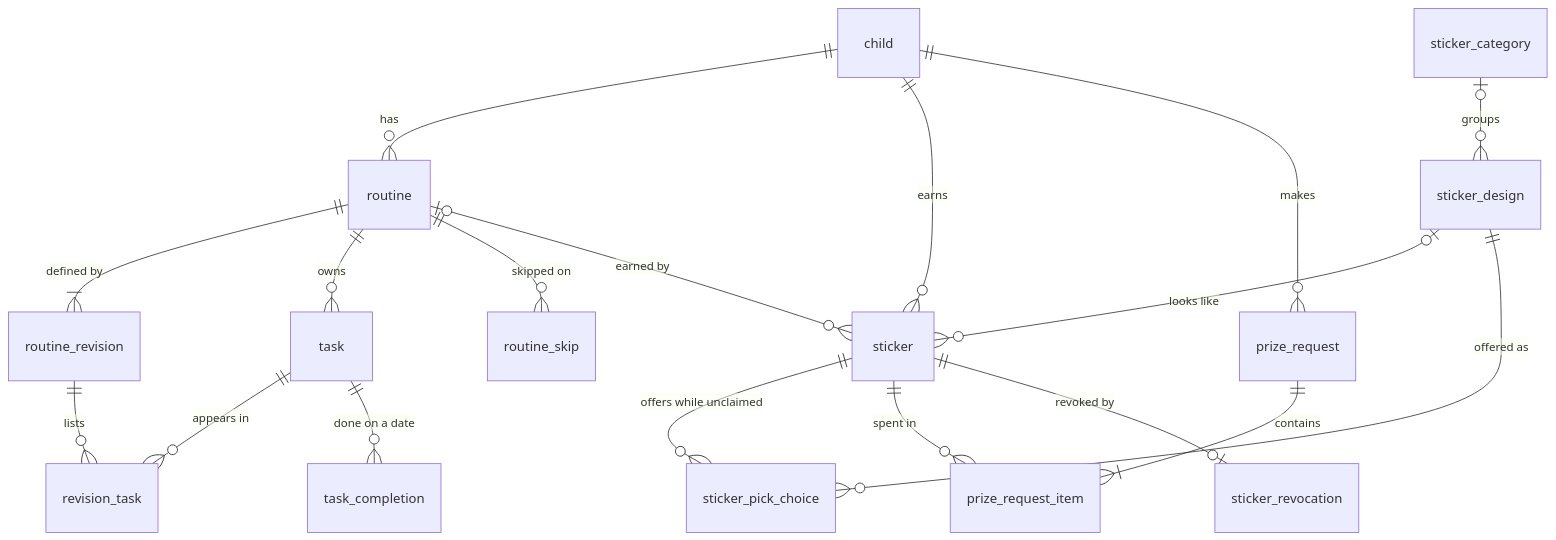
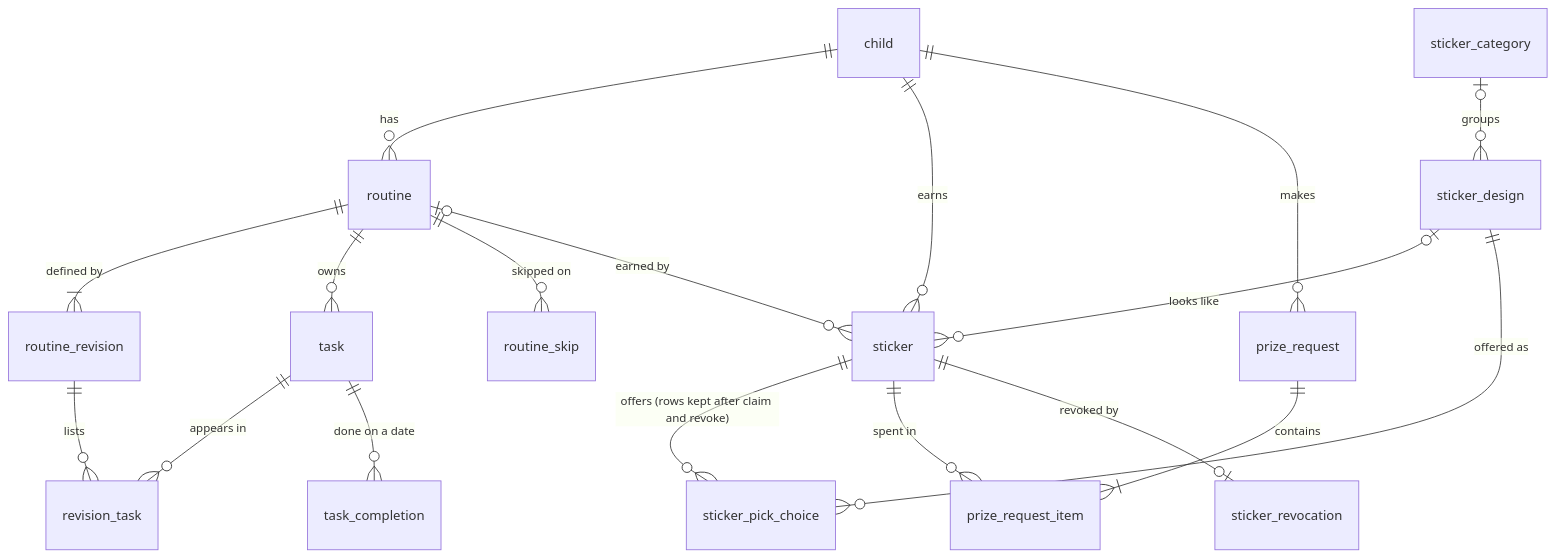
Before and after one commit to pw10n/sticker-bank: the second of 5 diagrams in docs/TDD.md, drawn with Mermaid. The commit also changed other lines of this file and 2 other files, not shown here.

First line of the commit message:
docs: re-earning offers the same Sticker Pick choices (FDD 1.3, TDD 0.5)

````diff
--- a/docs/TDD.md
+++ b/docs/TDD.md
@@ -207,20 +208,20 @@
 ```mermaid
 erDiagram
     child ||--o{ routine : has
     routine ||--|{ routine_revision : "defined by"
     routine ||--o{ task : owns
     routine_revision ||--o{ revision_task : lists
     task ||--o{ revision_task : "appears in"
     task ||--o{ task_completion : "done on a date"
     routine ||--o{ routine_skip : "skipped on"
     child ||--o{ sticker : earns
     routine |o--o{ sticker : "earned by"
     sticker_design |o--o{ sticker : "looks like"
-    sticker ||--o{ sticker_pick_choice : "offers while unclaimed"
+    sticker ||--o{ sticker_pick_choice : "offers (rows kept after claim and revoke)"
     sticker_design ||--o{ sticker_pick_choice : "offered as"
     sticker_category |o--o{ sticker_design : groups
     child ||--o{ prize_request : makes
     prize_request ||--|{ prize_request_item : contains
     sticker ||--o{ prize_request_item : "spent in"
     sticker ||--o| sticker_revocation : "revoked by"
 ```
````
